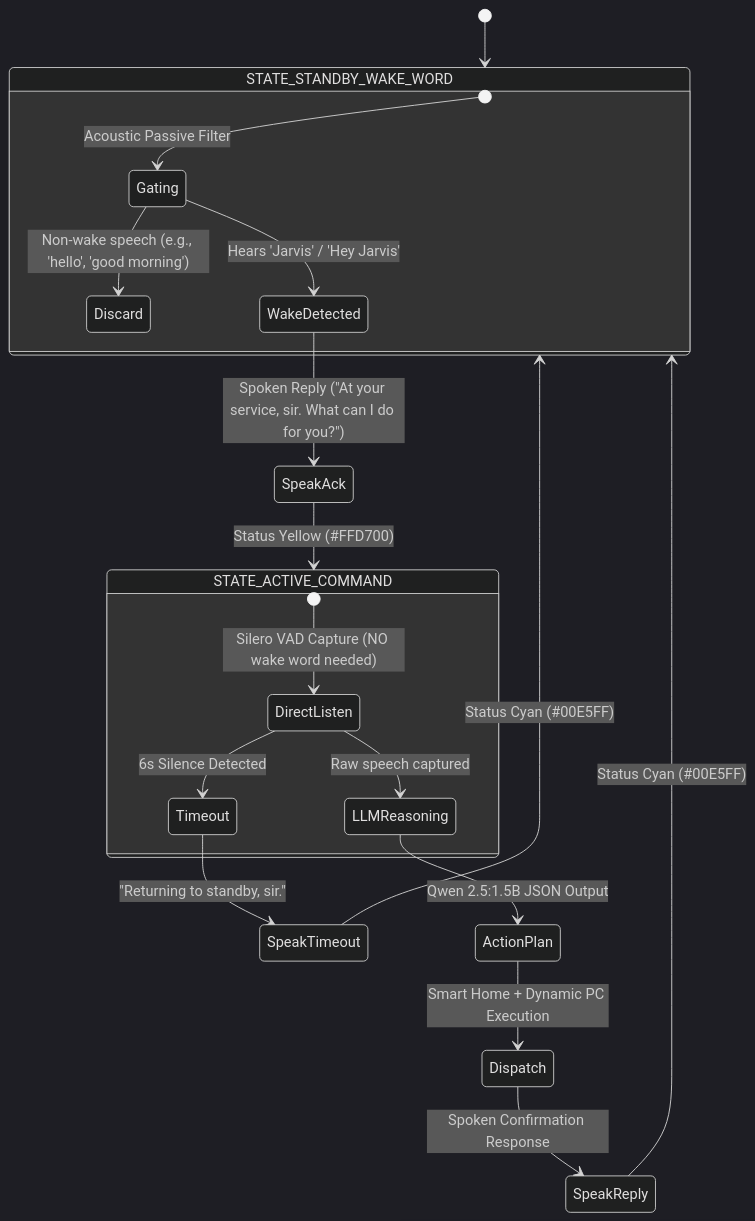
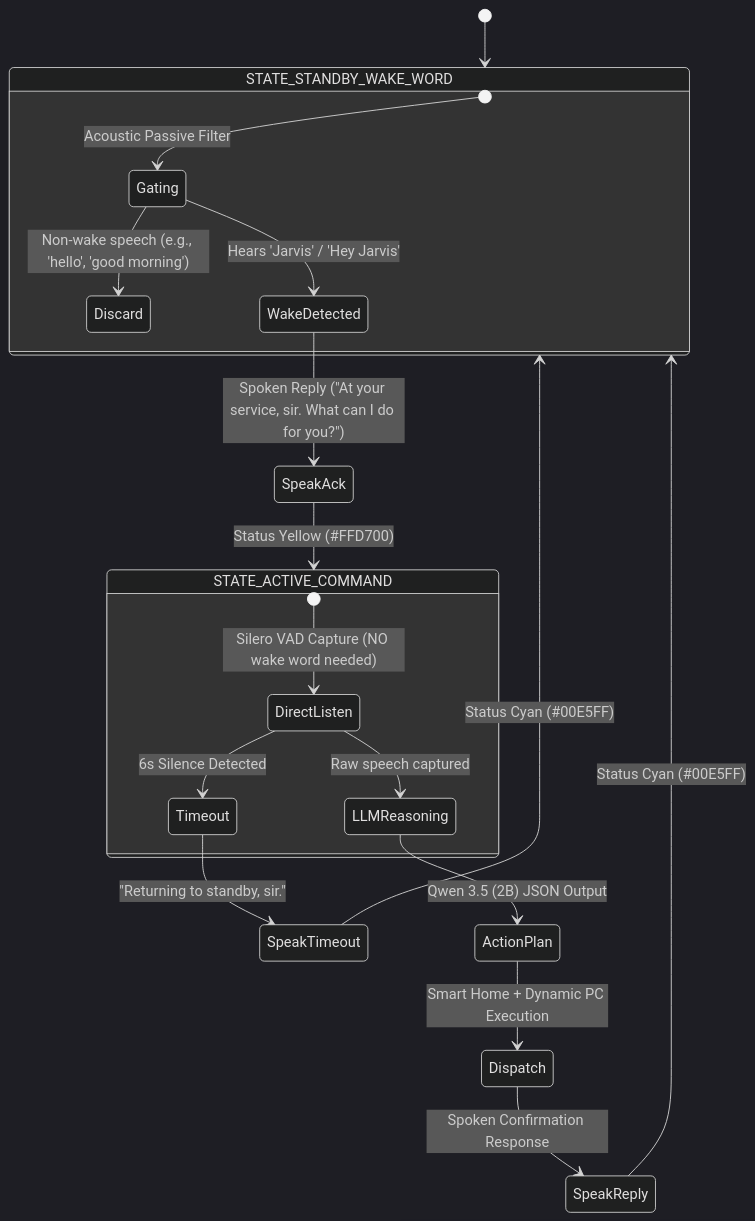
The diagram in README.md (Christian-Carvajal/project-jarvis-v2), drawn with Mermaid (dark theme) before and after one commit. The commit also changed other lines of this file and 19 other files, not shown here.

````diff
--- a/README.md
+++ b/README.md
@@ -37,27 +37,27 @@
 ```mermaid
 stateDiagram-v2
     [*] --> STATE_STANDBY_WAKE_WORD
     
     state STATE_STANDBY_WAKE_WORD {
         [*] --> Gating: Acoustic Passive Filter
         Gating --> Discard: Non-wake speech (e.g., 'hello', 'good morning')
         Gating --> WakeDetected: Hears 'Jarvis' / 'Hey Jarvis'
     }
 
     WakeDetected --> SpeakAck: Spoken Reply ("At your service, sir. What can I do for you?")
     SpeakAck --> STATE_ACTIVE_COMMAND: Status Yellow (#FFD700)
 
     state STATE_ACTIVE_COMMAND {
         [*] --> DirectListen: Silero VAD Capture (NO wake word needed)
         DirectListen --> LLMReasoning: Raw speech captured
         DirectListen --> Timeout: 6s Silence Detected
     }
 
     Timeout --> SpeakTimeout: "Returning to standby, sir."
     SpeakTimeout --> STATE_STANDBY_WAKE_WORD: Status Cyan (#00E5FF)
 
-    LLMReasoning --> ActionPlan: Qwen 2.5:1.5B JSON Output
+    LLMReasoning --> ActionPlan: Qwen 3.5 (2B) JSON Output
     ActionPlan --> Dispatch: Smart Home + Dynamic PC Execution
     Dispatch --> SpeakReply: Spoken Confirmation Response
     SpeakReply --> STATE_STANDBY_WAKE_WORD: Status Cyan (#00E5FF)
 ```
````
